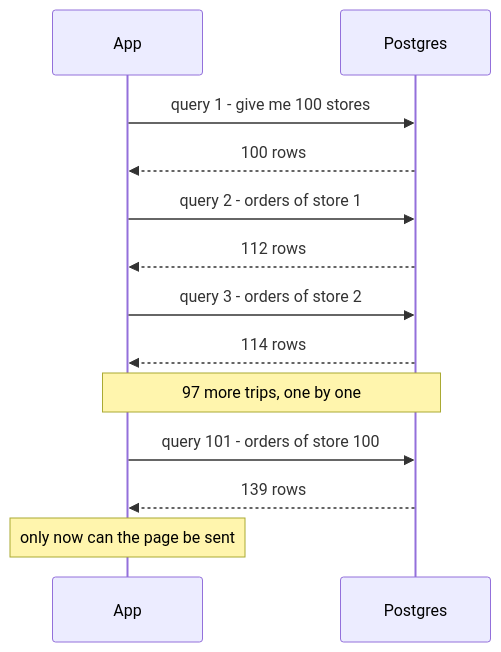
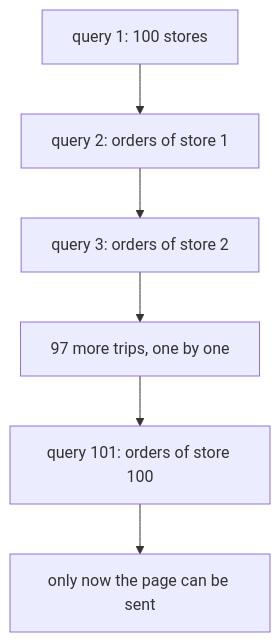
Before and after one commit to starjustice/research-material: the second of 4 diagrams in learn/database/12-n-plus-1-queries-and-orms.md, drawn with Mermaid. The commit also changed other lines of this file, not shown here.

Commit message:
Reshape Database lesson 12 (N+1 queries and ORMs) into short cards with guess bars and blue More detail bars

````diff
--- a/learn/database/12-n-plus-1-queries-and-orms.md
+++ b/learn/database/12-n-plus-1-queries-and-orms.md
@@ -40,15 +67,8 @@
 ```mermaid
-sequenceDiagram
-    participant A as App
-    participant D as Postgres
-    A->>D: query 1 - give me 100 stores
-    D-->>A: 100 rows
-    A->>D: query 2 - orders of store 1
-    D-->>A: 112 rows
-    A->>D: query 3 - orders of store 2
-    D-->>A: 114 rows
-    Note over A,D: 97 more trips, one by one
-    A->>D: query 101 - orders of store 100
-    D-->>A: 139 rows
-    Note over A: only now can the page be sent
+graph TB
+    A["query 1: 100 stores"] --> B["query 2: orders of store 1"]
+    B --> C["query 3: orders of store 2"]
+    C --> D["97 more trips, one by one"]
+    D --> E["query 101: orders of store 100"]
+    E --> F["only now the page can be sent"]
 ```
````
